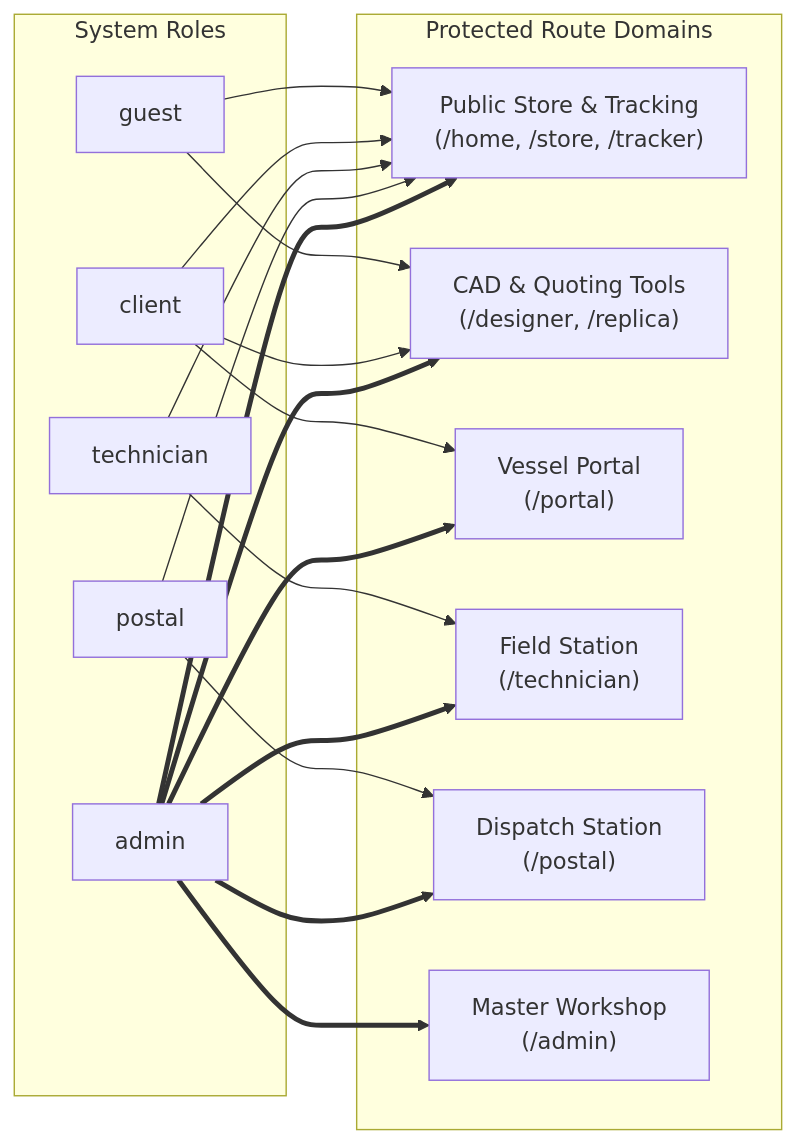
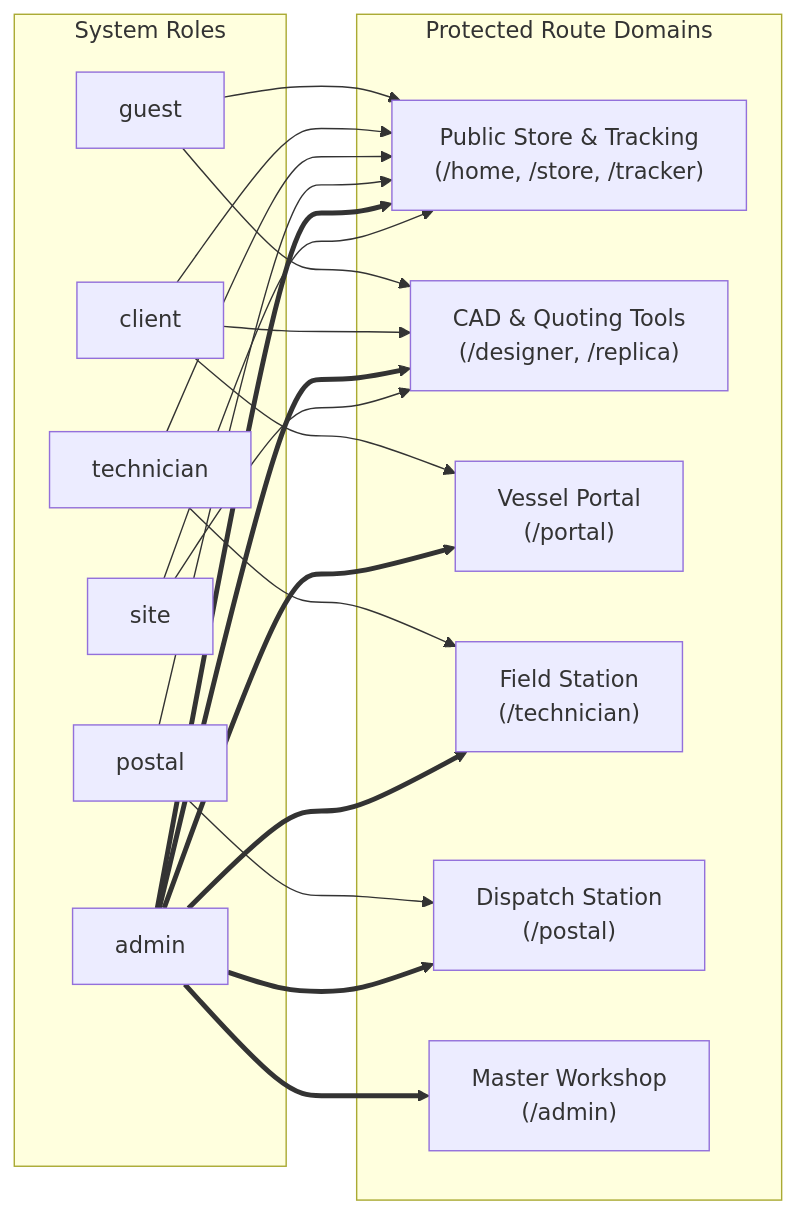
Before and after one commit to AnthonyWrather/ajwmes: the fifth of 7 diagrams in DESIGN.md, drawn with Mermaid. The commit also changed other lines of this file and 26 other files, not shown here.

````diff
--- a/DESIGN.md
+++ b/DESIGN.md
@@ -400,39 +401,43 @@
 ```mermaid
 graph LR
     subgraph Roles["System Roles"]
         R_Guest["guest"]
         R_Client["client"]
         R_Tech["technician"]
         R_Postal["postal"]
         R_Admin["admin"]
+        R_Site["site"]
     end
 
     subgraph Routes["Protected Route Domains"]
         PublicRoutes["Public Store & Tracking\n(/home, /store, /tracker)"]
         DesignRoutes["CAD & Quoting Tools\n(/designer, /replica)"]
         ClientRoutes["Vessel Portal\n(/portal)"]
         TechRoutes["Field Station\n(/technician)"]
         PostalRoutes["Dispatch Station\n(/postal)"]
         AdminRoutes["Master Workshop\n(/admin)"]
     end
 
     R_Guest --> PublicRoutes
     R_Guest --> DesignRoutes
 
     R_Client --> PublicRoutes
     R_Client --> DesignRoutes
     R_Client --> ClientRoutes
 
     R_Tech --> PublicRoutes
     R_Tech --> TechRoutes
 
     R_Postal --> PublicRoutes
     R_Postal --> PostalRoutes
 
     R_Admin ==> PublicRoutes
     R_Admin ==> DesignRoutes
     R_Admin ==> ClientRoutes
     R_Admin ==> TechRoutes
     R_Admin ==> PostalRoutes
     R_Admin ==> AdminRoutes
+
+    R_Site --> PublicRoutes
+    R_Site --> DesignRoutes
 ```
````
